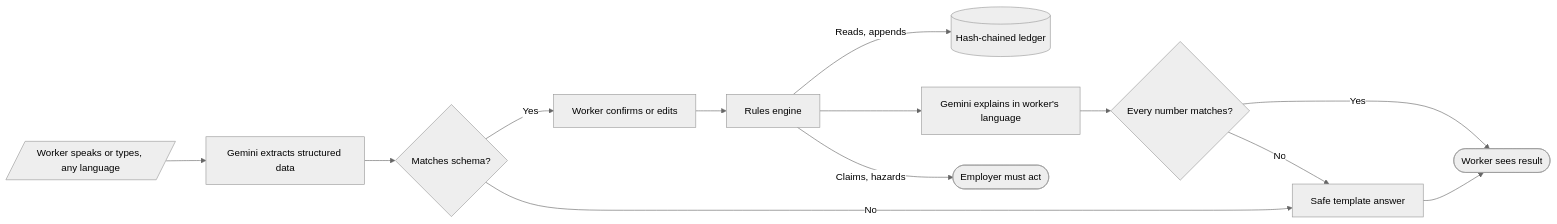
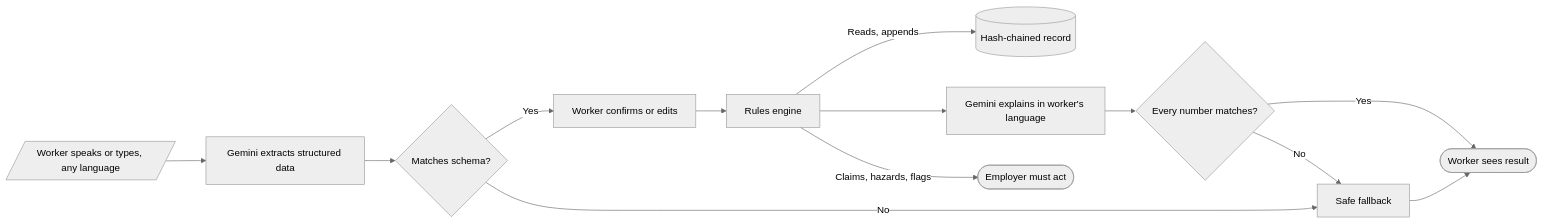
Before and after one commit to SushilRaj0177/shiftseal: the first of 3 diagrams in ARCHITECTURE.md, drawn with Mermaid (neutral theme). The commit also changed other lines of this file and 78 other files, not shown here.

Commit message:
Production frontend: phone sign-in, join and setup flows, signed and location-checked check-ins with offline queue, worker app in English, Tamil and Hindi, employer dashboard with review of claims, hazards and evidence flags, gate screen and posters; docs updated

````diff
--- a/ARCHITECTURE.md
+++ b/ARCHITECTURE.md
@@ -11,15 +11,15 @@
 ```mermaid
 flowchart LR
     input[/"Worker speaks or types, any language"/] --> extract["Gemini extracts structured data"]
     extract --> schema{"Matches schema?"}
     schema -->|Yes| confirm["Worker confirms or edits"]
-    schema -->|No| template["Safe template answer"]
+    schema -->|No| template["Safe fallback"]
     confirm --> rules["Rules engine"]
-    rules -->|"Reads, appends"| ledger[("Hash-chained ledger")]
+    rules -->|"Reads, appends"| ledger[("Hash-chained record")]
     rules --> explain["Gemini explains in worker's language"]
     explain --> facts{"Every number matches?"}
     facts -->|Yes| worker([Worker sees result])
     facts -->|No| template
     template --> worker
-    rules -->|"Claims, hazards"| employer([Employer must act])
+    rules -->|"Claims, hazards, flags"| employer([Employer must act])
 ```
````
